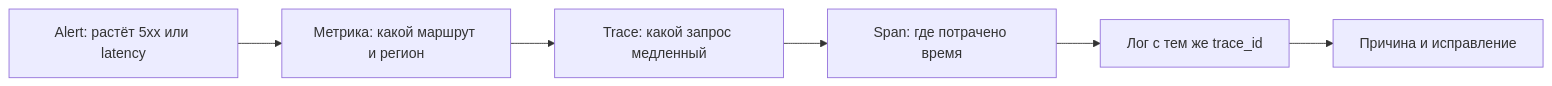
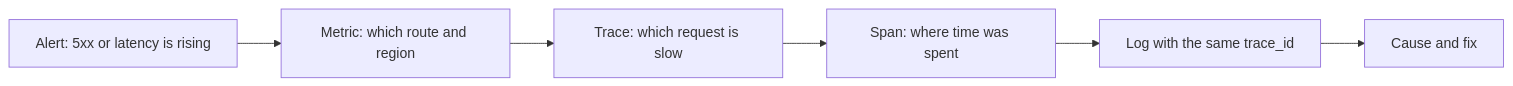
Before and after one commit to pavel-skripko-innowise/inno-fe-be-a1: the first of 2 diagrams in courses-content/backend/A/1/en/0.6 Наблюдаемость.md, drawn with Mermaid. The commit also changed other lines of this file and 35 other files, not shown here.

````diff
--- a/courses-content/backend/A/1/en/0.6 Наблюдаемость.md
+++ b/courses-content/backend/A/1/en/0.6 Наблюдаемость.md
@@ -25,8 +25,8 @@
 ```mermaid
 flowchart LR
-  A[Alert: растёт 5xx или latency] --> B[Метрика: какой маршрут и регион]
-  B --> C[Trace: какой запрос медленный]
-  C --> D[Span: где потрачено время]
-  D --> E[Лог с тем же trace_id]
-  E --> F[Причина и исправление]
+  A["Alert: 5xx or latency is rising"] --> B["Metric: which route and region"]
+  B --> C["Trace: which request is slow"]
+  C --> D["Span: where time was spent"]
+  D --> E[Log with the same trace_id]
+  E --> F[Cause and fix]
 ```
````
